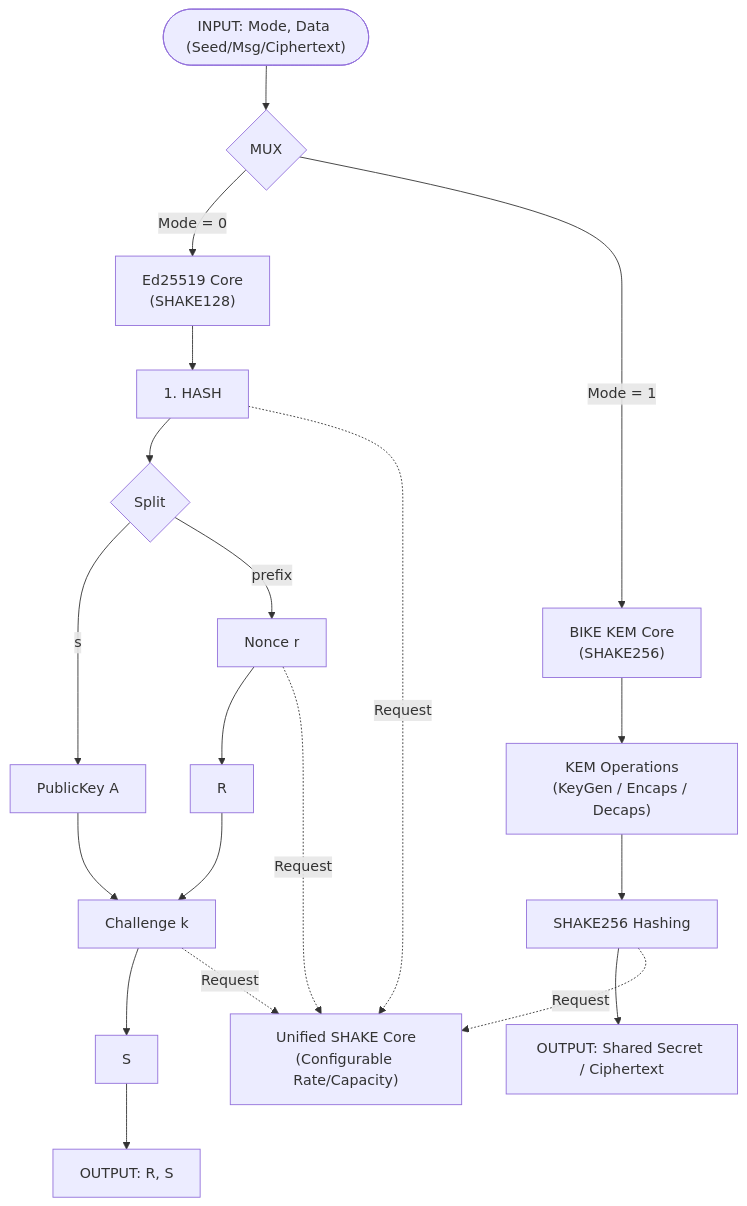
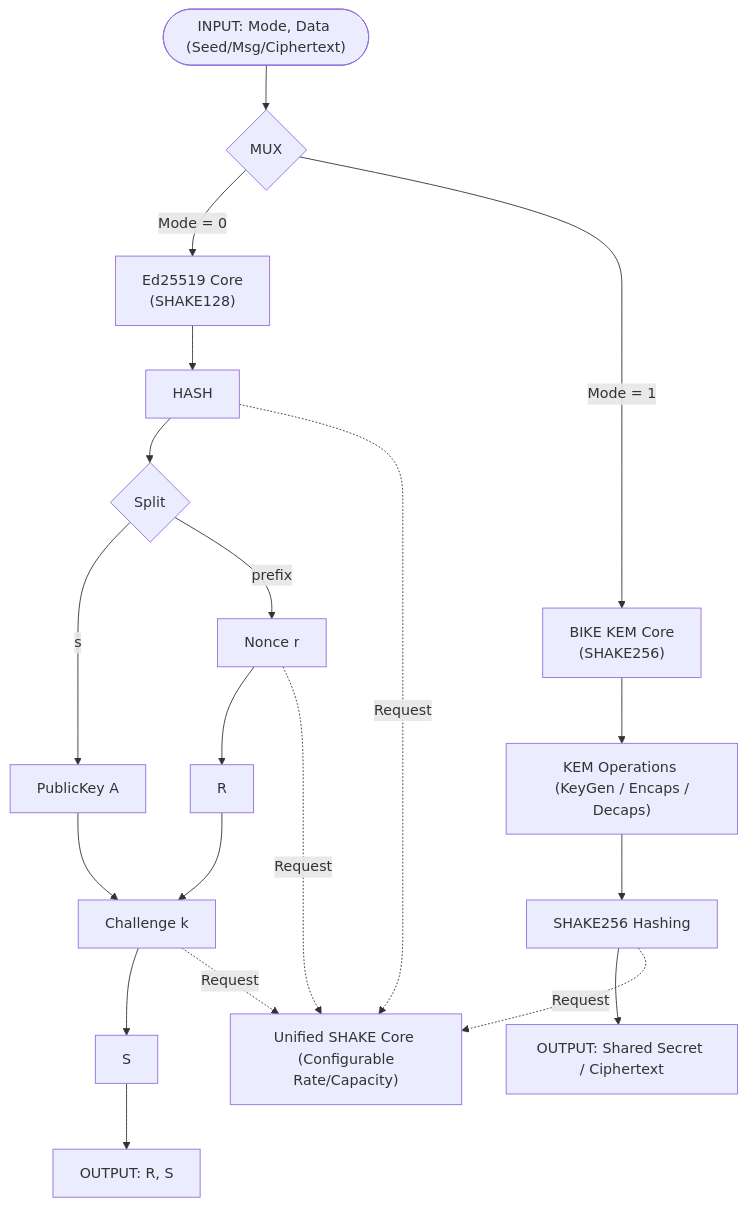
One commit to BAT-LAB69/CRYPTO_SOC changed the diagram in README.md. Above: the diagram before and after it, drawn with Mermaid.

````diff
--- a/README.md
+++ b/README.md
@@ -2,32 +2,32 @@
 ```mermaid
 flowchart TD
     %% System Input
     Input(["INPUT: Mode, Data (Seed/Msg/Ciphertext)"]) --> Mux{"MUX"}
 
     %% Mode Selection
     Mux -->|Mode = 0| EdFlow["Ed25519 Core <br>(SHAKE128)"]
     Mux -->|Mode = 1| KEMFlow["BIKE KEM Core <br> (SHAKE256)"]
 
     %% Ed25519 Detailed Flow
-    EdFlow --> HashSeed["1. HASH"]
+    EdFlow --> HashSeed["HASH"]
     HashSeed --> Split{Split}
     Split -->|s| GenPub["PublicKey A"]
     Split -->|prefix| HashNonce["Nonce r"]
     GenPub --> HashChal["Challenge k"]
     HashNonce --> GenR["R"]
     GenR --> HashChal
     HashChal --> CalcS["S"]
     CalcS --> EdOut["OUTPUT: R, S"]
 
     %% KEM Detailed Flow (Placeholder)
-    KEMFlow --> KEMOp["KEM Operations\n(KeyGen / Encaps / Decaps)"]
+    KEMFlow --> KEMOp["KEM Operations <br> (KeyGen / Encaps / Decaps)"]
     KEMOp --> KEMHash["SHAKE256 Hashing"]
     KEMHash --> KEMOut["OUTPUT: Shared Secret / Ciphertext"]
 
     %% Unified Keccak Core
-    HashSeed -.->|Request| ShakeCore["Unified SHAKE Core\n(Configurable Rate/Capacity)"]
+    HashSeed -.->|Request| ShakeCore["Unified SHAKE Core <br> (Configurable Rate/Capacity)"]
     HashNonce -.->|Request| ShakeCore
     HashChal -.->|Request| ShakeCore
     KEMHash -.->|Request| ShakeCore
 
 ```
````
